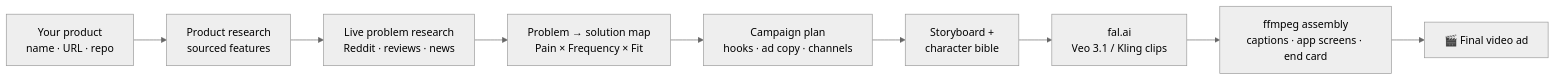
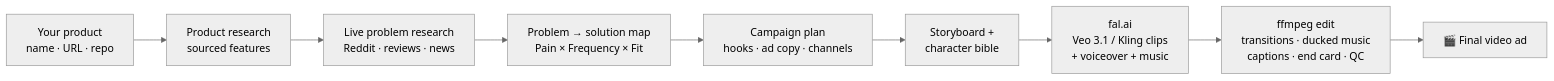
The diagram in README.md (Harsh29004/claude-ai-video-ad-generator), drawn with Mermaid (neutral theme) before and after one commit. The commit also changed other lines of this file and 10 other files, not shown here.

Commit message:
Add voiceover, background music, transitions and a quality gate; forbid placeholder videos

````diff
--- a/README.md
+++ b/README.md
@@ -39,11 +39,11 @@
 ```mermaid
 flowchart LR
     A[Your product<br/>name · URL · repo] --> B[Product research<br/>sourced features]
     B --> C[Live problem research<br/>Reddit · reviews · news]
     C --> D[Problem → solution map<br/>Pain × Frequency × Fit]
     D --> E[Campaign plan<br/>hooks · ad copy · channels]
     E --> F[Storyboard +<br/>character bible]
-    F --> G[fal.ai<br/>Veo 3.1 / Kling clips]
-    G --> H[ffmpeg assembly<br/>captions · app screens · end card]
+    F --> G[fal.ai<br/>Veo 3.1 / Kling clips<br/>+ voiceover + music]
+    G --> H[ffmpeg edit<br/>transitions · ducked music<br/>captions · end card · QC]
     H --> I[🎬 Final video ad]
 ```
````
